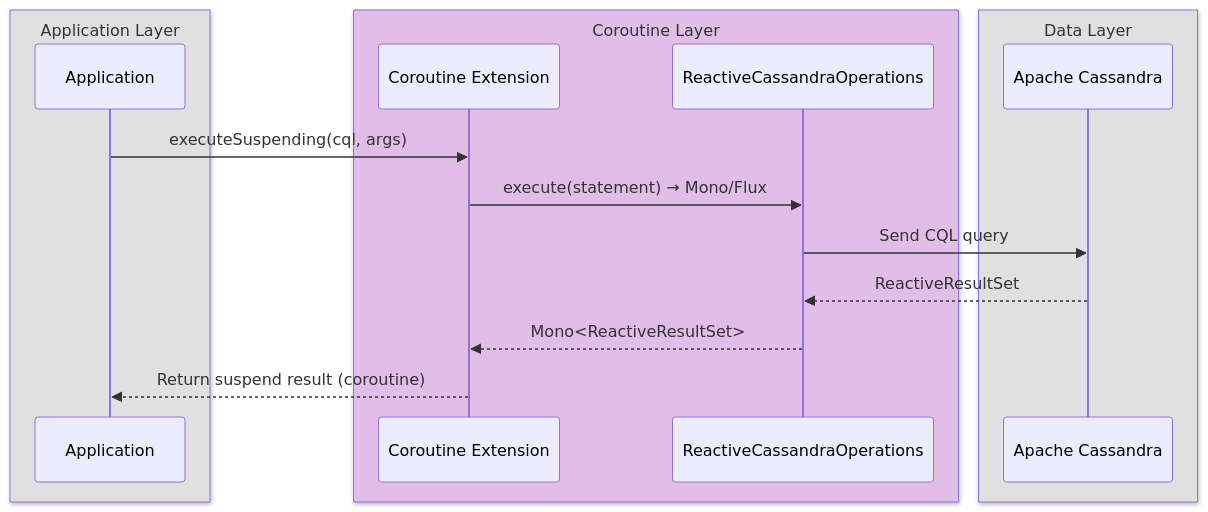
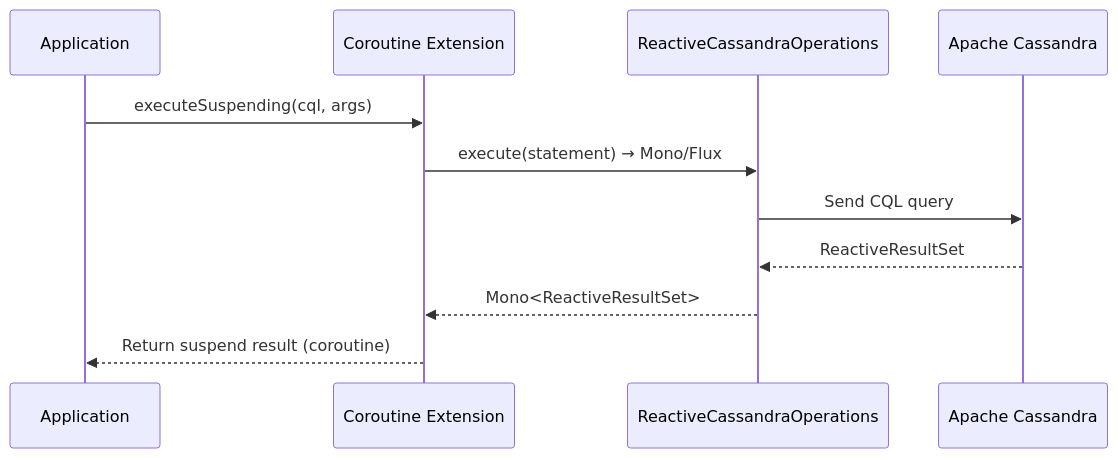
Before and after one commit to bluetape4k/bluetape4k-projects: the third of 3 diagrams in spring-boot4/cassandra/README.md, drawn with Mermaid. The commit also changed other lines of this file and 219 other files, not shown here.

First line of the commit message:
docs: 전체 README Mermaid 다이어그램 가이드 적용

````diff
--- a/spring-boot4/cassandra/README.md
+++ b/spring-boot4/cassandra/README.md
@@ -154,20 +154,14 @@
 ```mermaid
 sequenceDiagram
-    box rgb(224,224,224) Application Layer
         participant App as Application
-    end
-    box rgb(225,190,231) Coroutine Layer
         participant Ext as Coroutine Extension
         participant Ops as ReactiveCassandraOperations
-    end
-    box rgb(224,224,224) Data Layer
         participant DB as Apache Cassandra
-    end
 
     App->>Ext: executeSuspending(cql, args)
     Ext->>Ops: execute(statement) → Mono/Flux
     Ops->>DB: Send CQL query
     DB-->>Ops: ReactiveResultSet
     Ops-->>Ext: Mono<ReactiveResultSet>
     Ext-->>App: Return suspend result (coroutine)
 ```
````
